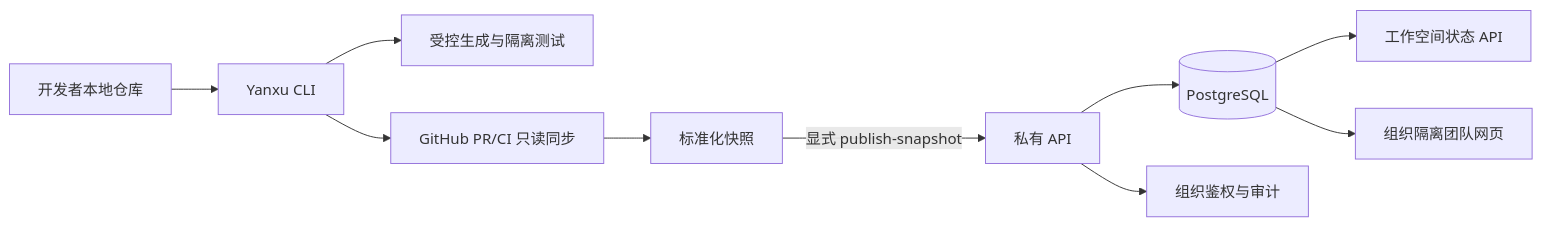
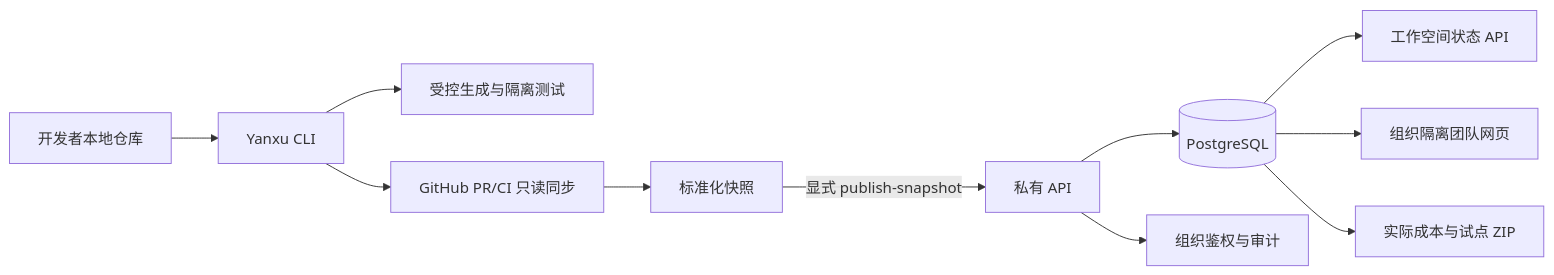
Before and after one commit to guannan1031/yanxu-dev: the diagram in docs/PRIVATE_SERVICE.md, drawn with Mermaid. The commit also changed other lines of this file and 13 other files, not shown here.

````diff
--- a/docs/PRIVATE_SERVICE.md
+++ b/docs/PRIVATE_SERVICE.md
@@ -7,12 +7,13 @@
 ```mermaid
 flowchart LR
     A[开发者本地仓库] --> B[Yanxu CLI]
     B --> C[受控生成与隔离测试]
     B --> D[GitHub PR/CI 只读同步]
     D --> E[标准化快照]
     E -->|显式 publish-snapshot| F[私有 API]
     F --> G[(PostgreSQL)]
     F --> H[组织鉴权与审计]
     G --> I[工作空间状态 API]
     G --> J[组织隔离团队网页]
+    G --> K[实际成本与试点 ZIP]
 ```
````
